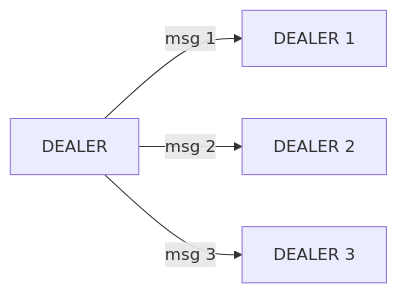
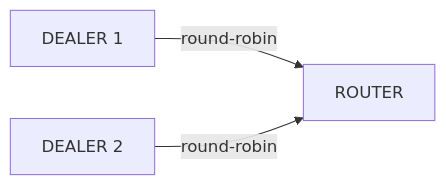
One commit to kairos-code-dev/zlink changed the diagram in doc/guide/03-3-dealer.ko.md. Above: the diagram before and after it, drawn with Mermaid. The commit also changed other lines of this file and 53 other files, not shown here.

````diff
--- a/doc/guide/03-3-dealer.ko.md
+++ b/doc/guide/03-3-dealer.ko.md
@@ -23,6 +18,5 @@
 ```mermaid
 flowchart LR
-    D[DEALER] -->|msg 1| W1[DEALER 1]
-    D -->|msg 2| W2[DEALER 2]
-    D -->|msg 3| W3[DEALER 3]
+    D1[DEALER 1] -->|round-robin| R[ROUTER]
+    D2[DEALER 2] -->|round-robin| R
 ```
````
